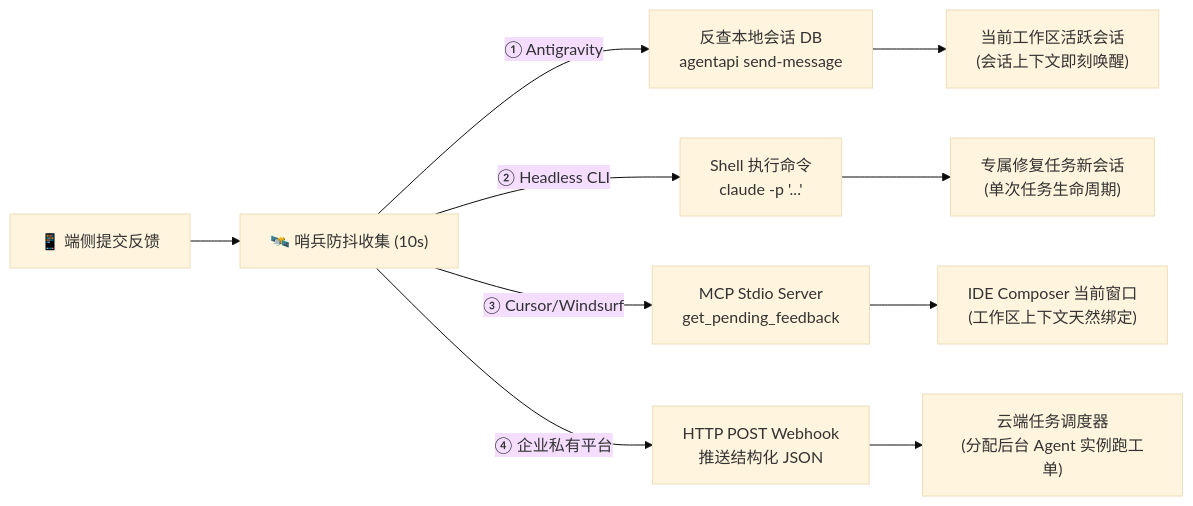
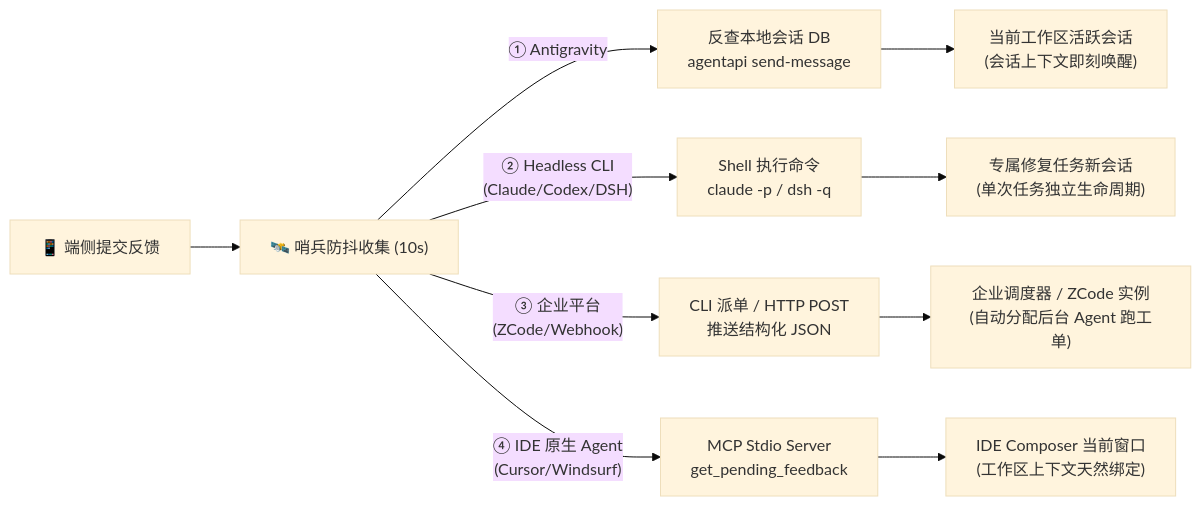
The second of 2 diagrams in README.md (lylyuanliang/agent-feedback), drawn with Mermaid (base theme) before and after one commit. The commit also changed other lines of this file and 2 other files, not shown here.

Commit message:
docs: 补充 DSH 与 ZCode 专属配置配方并在 README 增设生态指南快捷入口

````diff
--- a/README.md
+++ b/README.md
@@ -264,9 +342,9 @@
 ```mermaid
 flowchart LR
     Feedback["📱 端侧提交反馈"] --> Sentinel["🛰️ 哨兵防抖收集 (10s)"]
 
     Sentinel -->|"① Antigravity"| C1["反查本地会话 DB<br>agentapi send-message"] --> S1["当前工作区活跃会话<br>(会话上下文即刻唤醒)"]
-    Sentinel -->|"② Headless CLI"| C2["Shell 执行命令<br>claude -p '...'"] --> S2["专属修复任务新会话<br>(单次任务生命周期)"]
-    Sentinel -->|"③ Cursor/Windsurf"| C3["MCP Stdio Server<br>get_pending_feedback"] --> S3["IDE Composer 当前窗口<br>(工作区上下文天然绑定)"]
-    Sentinel -->|"④ 企业私有平台"| C4["HTTP POST Webhook<br>推送结构化 JSON"] --> S4["云端任务调度器<br>(分配后台 Agent 实例跑工单)"]
+    Sentinel -->|"② Headless CLI<br>(Claude/Codex/DSH)"| C2["Shell 执行命令<br>claude -p / dsh -q"] --> S2["专属修复任务新会话<br>(单次任务独立生命周期)"]
+    Sentinel -->|"③ 企业平台<br>(ZCode/Webhook)"| C4["CLI 派单 / HTTP POST<br>推送结构化 JSON"] --> S4["企业调度器 / ZCode 实例<br>(自动分配后台 Agent 跑工单)"]
+    Sentinel -->|"④ IDE 原生 Agent<br>(Cursor/Windsurf)"| C3["MCP Stdio Server<br>get_pending_feedback"] --> S3["IDE Composer 当前窗口<br>(工作区上下文天然绑定)"]
 ```
````
